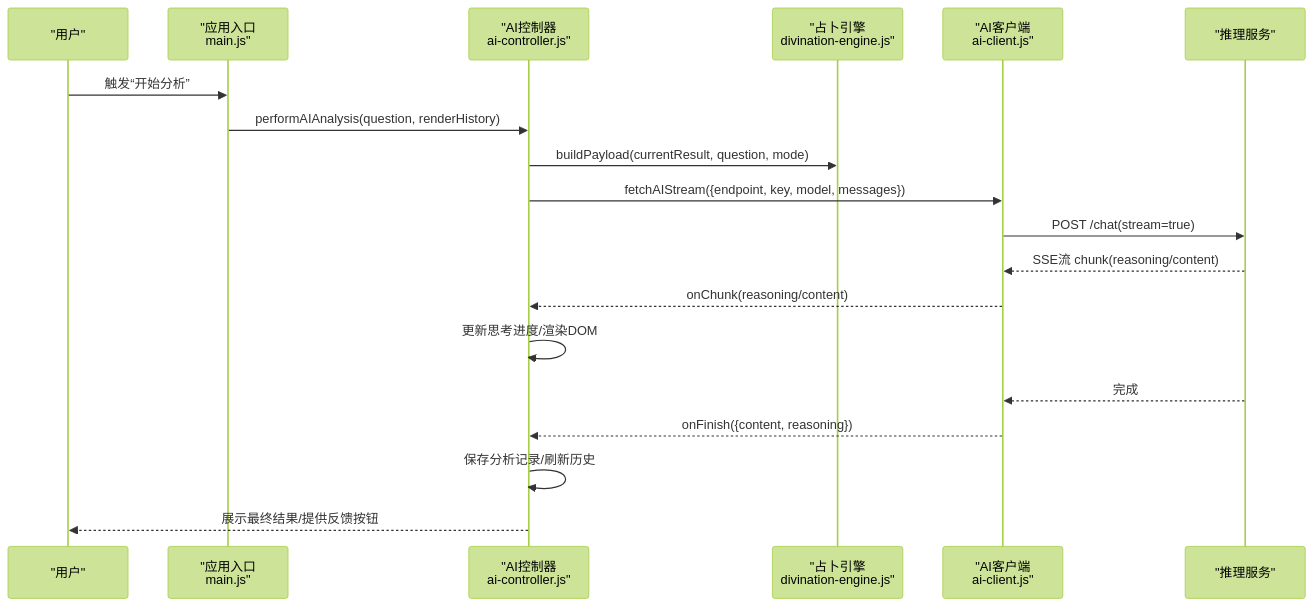
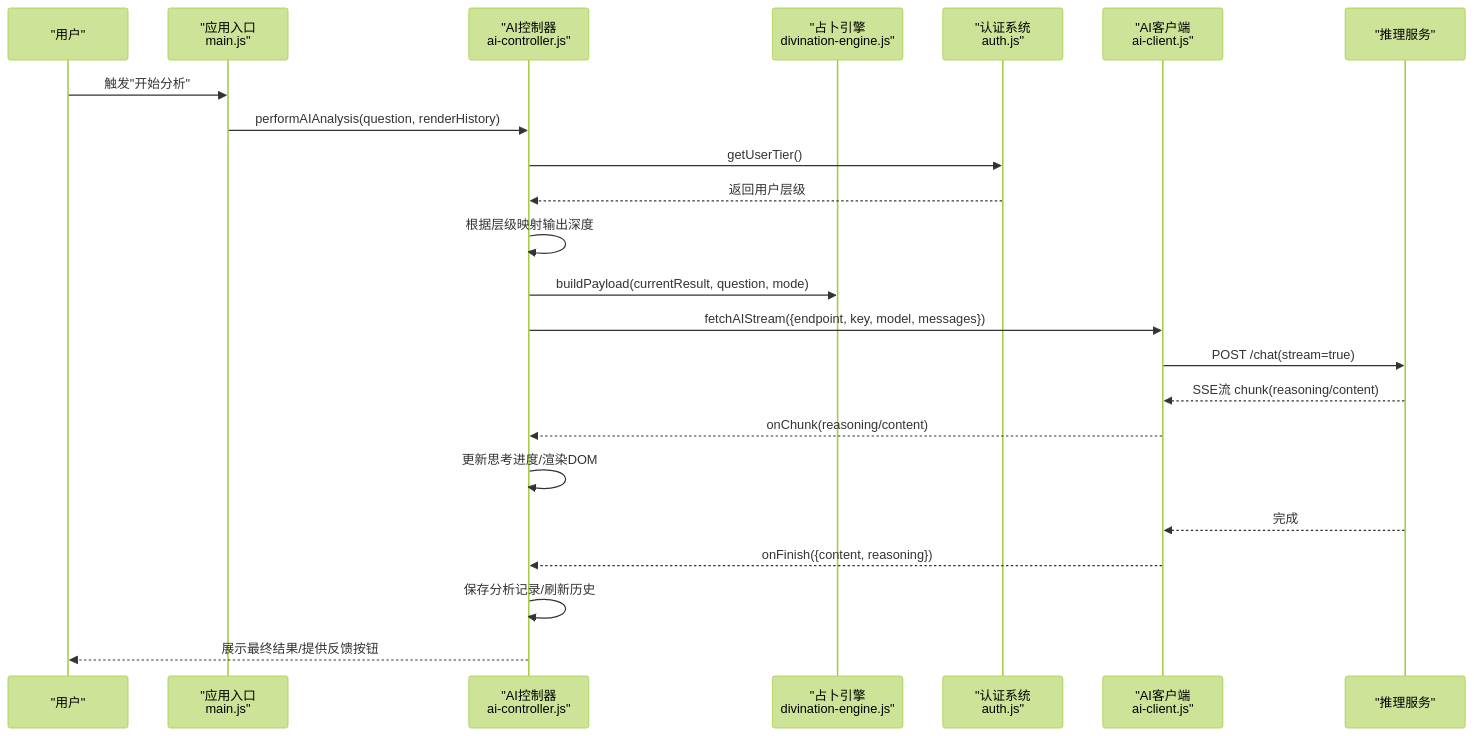
Before and after one commit to ghg618-ui/meihuayili-3.8: the second of 9 diagrams in .qoder/repowiki/zh/content/核心模块/AI分析系统/AI控制器.md, drawn with Mermaid (forest theme). The commit also changed other lines of this file and 6 other files, not shown here.

````diff
--- a/.qoder/repowiki/zh/content/核心模块/AI分析系统/AI控制器.md
+++ b/.qoder/repowiki/zh/content/核心模块/AI分析系统/AI控制器.md
@@ -133,21 +146,25 @@
 ```mermaid
 sequenceDiagram
 participant U as "用户"
 participant MA as "应用入口<br/>main.js"
 participant AC as "AI控制器<br/>ai-controller.js"
 participant DE as "占卜引擎<br/>divination-engine.js"
+participant AU as "认证系统<br/>auth.js"
 participant CL as "AI客户端<br/>ai-client.js"
 participant SV as "推理服务"
-U->>MA : 触发“开始分析”
+U->>MA : 触发"开始分析"
 MA->>AC : performAIAnalysis(question, renderHistory)
+AC->>AU : getUserTier()
+AU-->>AC : 返回用户层级
+AC->>AC : 根据层级映射输出深度
 AC->>DE : buildPayload(currentResult, question, mode)
 AC->>CL : fetchAIStream({endpoint, key, model, messages})
 CL->>SV : POST /chat(stream=true)
 SV-->>CL : SSE流 chunk(reasoning/content)
 CL-->>AC : onChunk(reasoning/content)
 AC->>AC : 更新思考进度/渲染DOM
 SV-->>CL : 完成
 CL-->>AC : onFinish({content, reasoning})
 AC->>AC : 保存分析记录/刷新历史
 AC-->>U : 展示最终结果/提供反馈按钮
 ```
````
